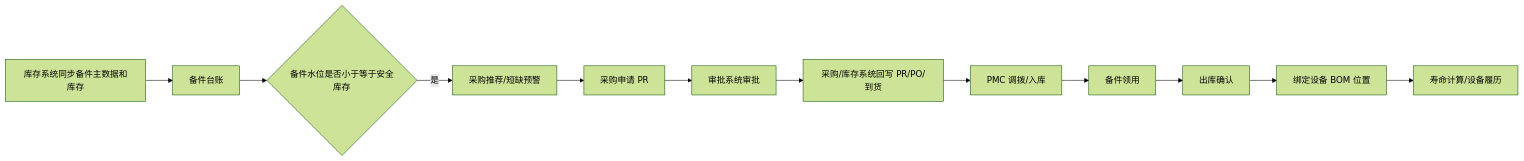
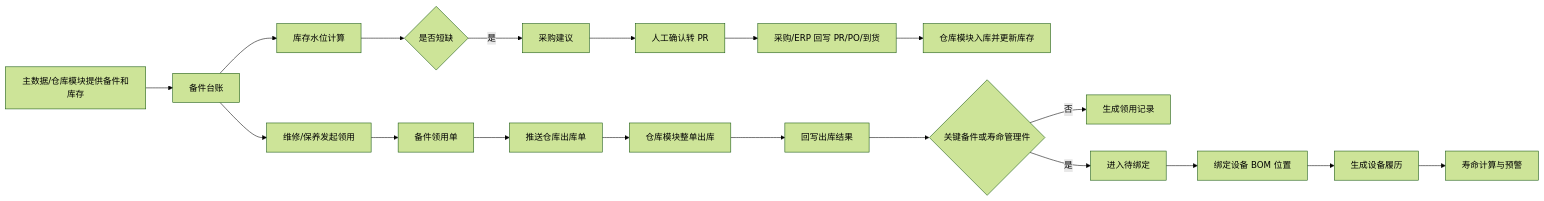
One commit to front-yummy/equipment-management-standard changed the diagram in 需求分析/05-备件管理.md. Above: the diagram before and after it, drawn with Mermaid (forest theme). The commit also changed other lines of this file, not shown here.

````diff
--- a/需求分析/05-备件管理.md
+++ b/需求分析/05-备件管理.md
@@ -27,14 +44,21 @@
 ```mermaid
 flowchart LR
-    A[库存系统同步备件主数据和库存] --> B[备件台账]
-    B --> C{备件水位是否小于等于安全库存}
-    C -->|是| D[采购推荐/短缺预警]
-    D --> E[采购申请 PR]
-    E --> F[审批系统审批]
-    F --> G[采购/库存系统回写 PR/PO/到货]
-    G --> H[PMC 调拨/入库]
-    H --> I[备件领用]
-    I --> J[出库确认]
-    J --> K[绑定设备 BOM 位置]
-    K --> L[寿命计算/设备履历]
+    A[主数据/仓库模块提供备件和库存] --> B[备件台账]
+    B --> C[库存水位计算]
+    C --> D{是否短缺}
+    D -->|是| E[采购建议]
+    E --> F[人工确认转 PR]
+    F --> G[采购/ERP 回写 PR/PO/到货]
+    G --> H[仓库模块入库并更新库存]
+    B --> I[维修/保养发起领用]
+    I --> J[备件领用单]
+    J --> K[推送仓库出库单]
+    K --> L[仓库模块整单出库]
+    L --> M[回写出库结果]
+    M --> N{关键备件或寿命管理件}
+    N -->|否| O[生成领用记录]
+    N -->|是| P[进入待绑定]
+    P --> Q[绑定设备 BOM 位置]
+    Q --> R[生成设备履历]
+    R --> S[寿命计算与预警]
 ```
````
